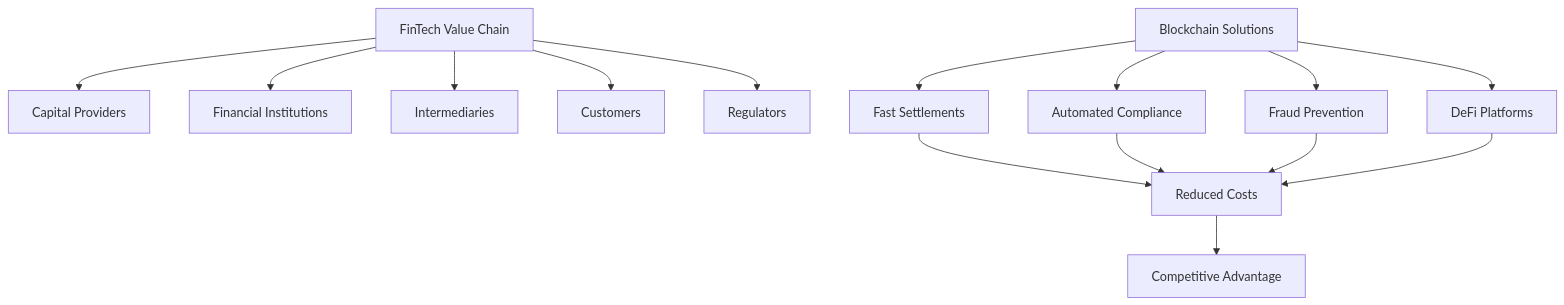
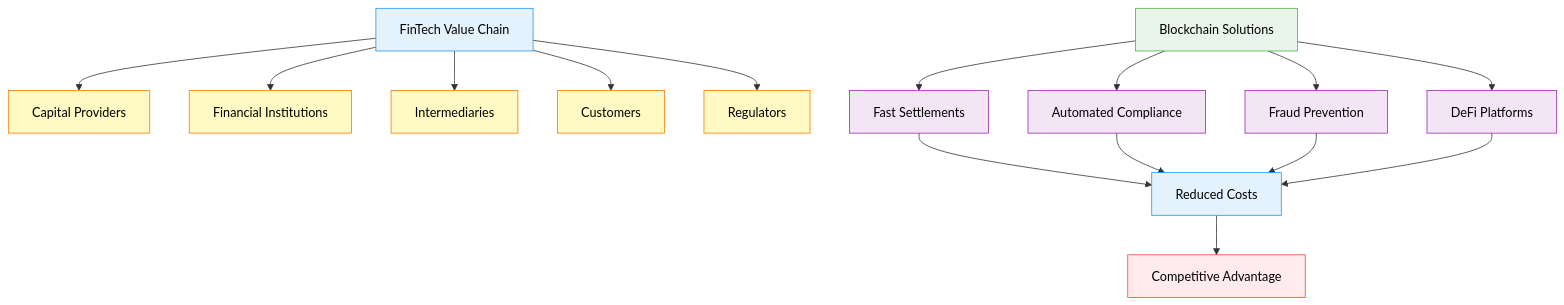
One commit to ljg-cqu/knowledge changed the fourth of 14 diagrams in Industry/Blockchain/Blockchain/ValueChain/QA_LinerGeneralDeepResearch.md. Above: the diagram before and after it, drawn with Mermaid. The commit also changed other lines of this file and 6 other files, not shown here.

````diff
--- a/Industry/Blockchain/Blockchain/ValueChain/QA_LinerGeneralDeepResearch.md
+++ b/Industry/Blockchain/Blockchain/ValueChain/QA_LinerGeneralDeepResearch.md
@@ -136,20 +169,34 @@
 ```mermaid
 graph TD
     A[FinTech Value Chain] --> B[Capital Providers]
     A --> C[Financial Institutions]
     A --> D[Intermediaries]
     A --> E[Customers]
     A --> F[Regulators]
     
     G[Blockchain Solutions] --> H[Fast Settlements]
     G --> I[Automated Compliance]
     G --> J[Fraud Prevention]
     G --> K[DeFi Platforms]
     
     H --> L[Reduced Costs]
     I --> L
     J --> L
     K --> L
     
     L --> M[Competitive Advantage]
+    
+    style A fill:#E3F2FD,stroke:#2196F3,color:#000
+    style B fill:#FFF9C4,stroke:#F57C00,color:#000
+    style C fill:#FFF9C4,stroke:#F57C00,color:#000
+    style D fill:#FFF9C4,stroke:#F57C00,color:#000
+    style E fill:#FFF9C4,stroke:#F57C00,color:#000
+    style F fill:#FFF9C4,stroke:#F57C00,color:#000
+    style G fill:#E8F5E9,stroke:#4CAF50,color:#000
+    style H fill:#F3E5F5,stroke:#9C27B0,color:#000
+    style I fill:#F3E5F5,stroke:#9C27B0,color:#000
+    style J fill:#F3E5F5,stroke:#9C27B0,color:#000
+    style K fill:#F3E5F5,stroke:#9C27B0,color:#000
+    style L fill:#E3F2FD,stroke:#2196F3,color:#000
+    style M fill:#FFEBEE,stroke:#F44336,color:#000
 ```
````
